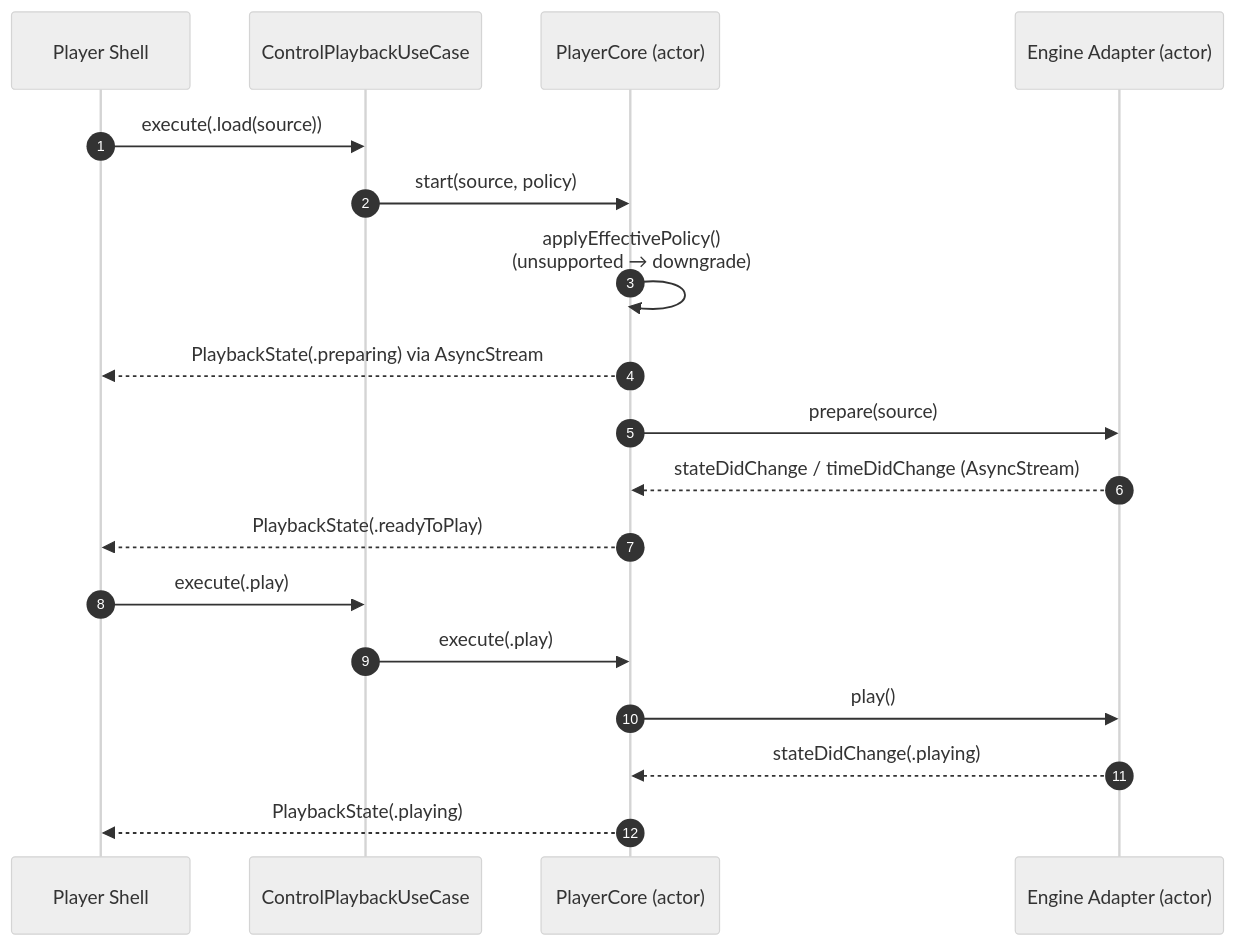
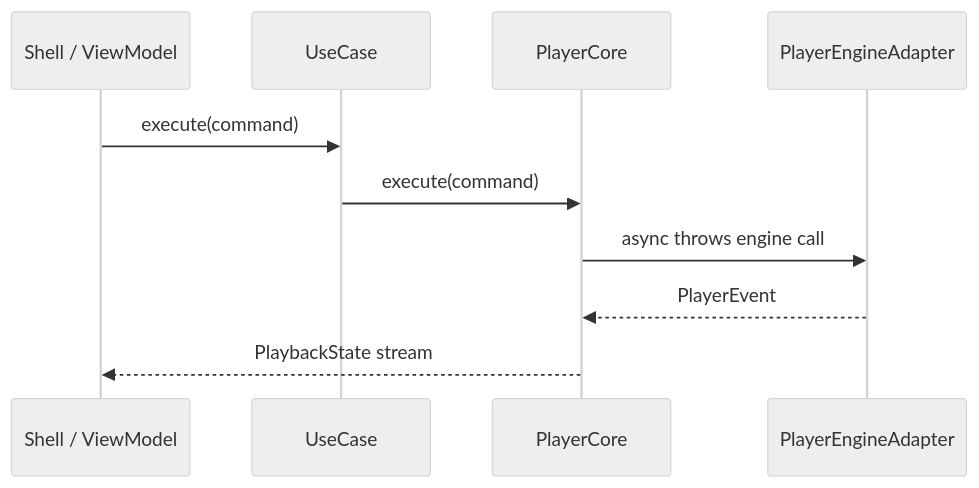
The third of 3 diagrams in README.md (megastudymobile/ms-videoplayer-ios), drawn with Mermaid (neutral theme) before and after one commit. The commit also changed other lines of this file and 2 other files, not shown here.

````diff
--- a/README.md
+++ b/README.md
@@ -135,21 +131,13 @@
 ```mermaid
 sequenceDiagram
-    autonumber
-    participant Shell as Player Shell
-    participant UC as ControlPlaybackUseCase
-    participant Core as PlayerCore (actor)
-    participant Engine as Engine Adapter (actor)
+    participant Shell as Shell / ViewModel
+    participant UseCase as UseCase
+    participant Core as PlayerCore
+    participant Engine as PlayerEngineAdapter
 
-    Shell->>UC: execute(.load(source))
-    UC->>Core: start(source, policy)
-    Core->>Core: applyEffectivePolicy()<br/>(unsupported → downgrade)
-    Core-->>Shell: PlaybackState(.preparing) via AsyncStream
-    Core->>Engine: prepare(source)
-    Engine-->>Core: stateDidChange / timeDidChange (AsyncStream)
-    Core-->>Shell: PlaybackState(.readyToPlay)
-    Shell->>UC: execute(.play)
-    UC->>Core: execute(.play)
-    Core->>Engine: play()
-    Engine-->>Core: stateDidChange(.playing)
-    Core-->>Shell: PlaybackState(.playing)
+    Shell->>UseCase: execute(command)
+    UseCase->>Core: execute(command)
+    Core->>Engine: async throws engine call
+    Engine-->>Core: PlayerEvent
+    Core-->>Shell: PlaybackState stream
 ```
````
